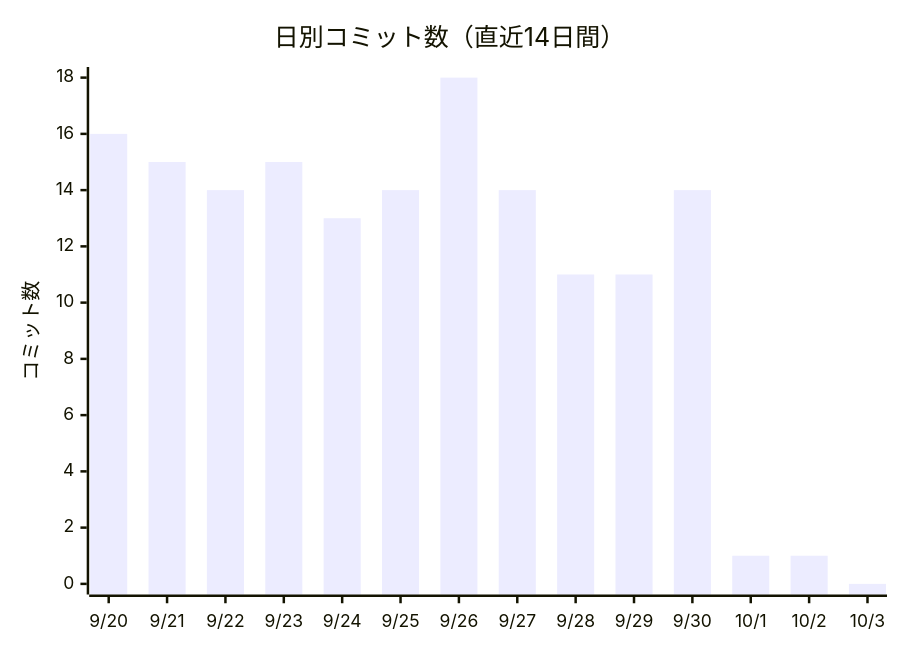
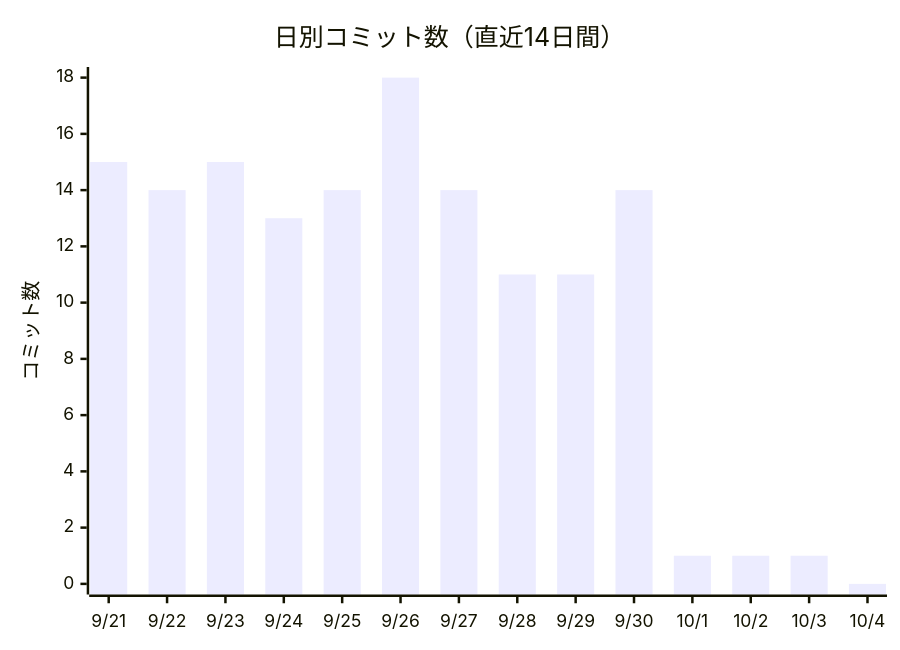
One commit to non-x2/non-x2 changed the first of 2 diagrams in docs/進化レポート.md. Above: the diagram before and after it, drawn with Mermaid. The commit also changed other lines of this file and 2 other files, not shown here.

````diff
--- a/docs/進化レポート.md
+++ b/docs/進化レポート.md
@@ -23,7 +23,7 @@
 ```mermaid
 xychart-beta
     title "日別コミット数（直近14日間）"
-    x-axis ["9/20", "9/21", "9/22", "9/23", "9/24", "9/25", "9/26", "9/27", "9/28", "9/29", "9/30", "10/1", "10/2", "10/3"]
+    x-axis ["9/21", "9/22", "9/23", "9/24", "9/25", "9/26", "9/27", "9/28", "9/29", "9/30", "10/1", "10/2", "10/3", "10/4"]
     y-axis "コミット数"
-    bar [16, 15, 14, 15, 13, 14, 18, 14, 11, 11, 14, 1, 1, 0]
+    bar [15, 14, 15, 13, 14, 18, 14, 11, 11, 14, 1, 1, 1, 0]
 ```
````
